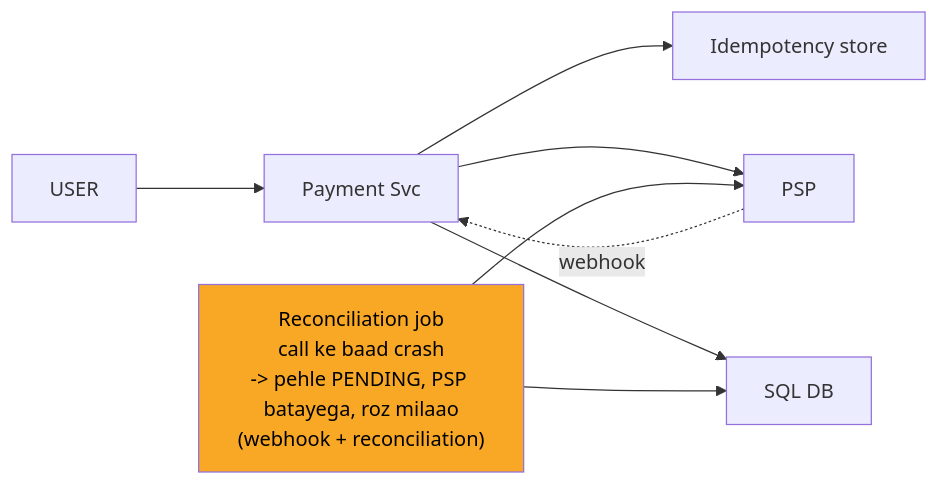
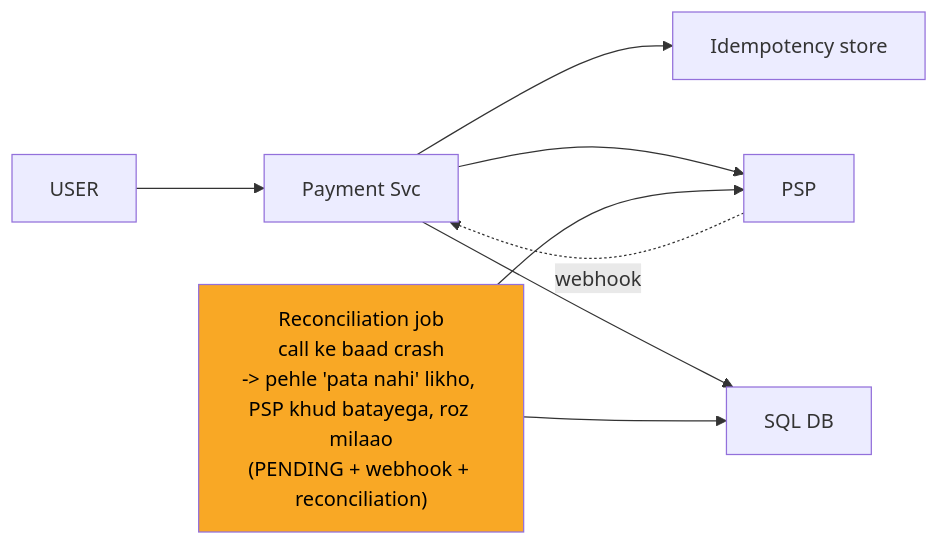
The sixth of 12 diagrams in 04_HLD/SYSTEM_DESIGNS/06_payment_system/06_payment_system.md (ArpanMaheshwari144/Prep), drawn with Mermaid before and after one commit. The commit also changed other lines of this file and 10 other files, not shown here.

````diff
--- a/04_HLD/SYSTEM_DESIGNS/06_payment_system/06_payment_system.md
+++ b/04_HLD/SYSTEM_DESIGNS/06_payment_system/06_payment_system.md
@@ -229,17 +229,17 @@
 ```mermaid
 flowchart LR
     n_USER["USER"]
     n_Payment_Svc["Payment Svc"]
     n_Idempotency_store["Idempotency store"]
     n_PSP["PSP"]
     n_DB["SQL DB"]
-    n_Reconciliation_job["Reconciliation job<br/>call ke baad crash<br/>-> pehle PENDING, PSP batayega, roz milaao<br/>(webhook + reconciliation)"]
+    n_Reconciliation_job["Reconciliation job<br/>call ke baad crash<br/>-> pehle 'pata nahi' likho, PSP khud batayega, roz milaao<br/>(PENDING + webhook + reconciliation)"]
     n_USER --> n_Payment_Svc
     n_Payment_Svc --> n_Idempotency_store
     n_Payment_Svc --> n_PSP
     n_Payment_Svc --> n_DB
     n_Reconciliation_job --> n_DB
     n_Reconciliation_job --> n_PSP
     n_PSP -.->|webhook| n_Payment_Svc
     style n_Reconciliation_job fill:#f9a825,color:#000
 ```
````
